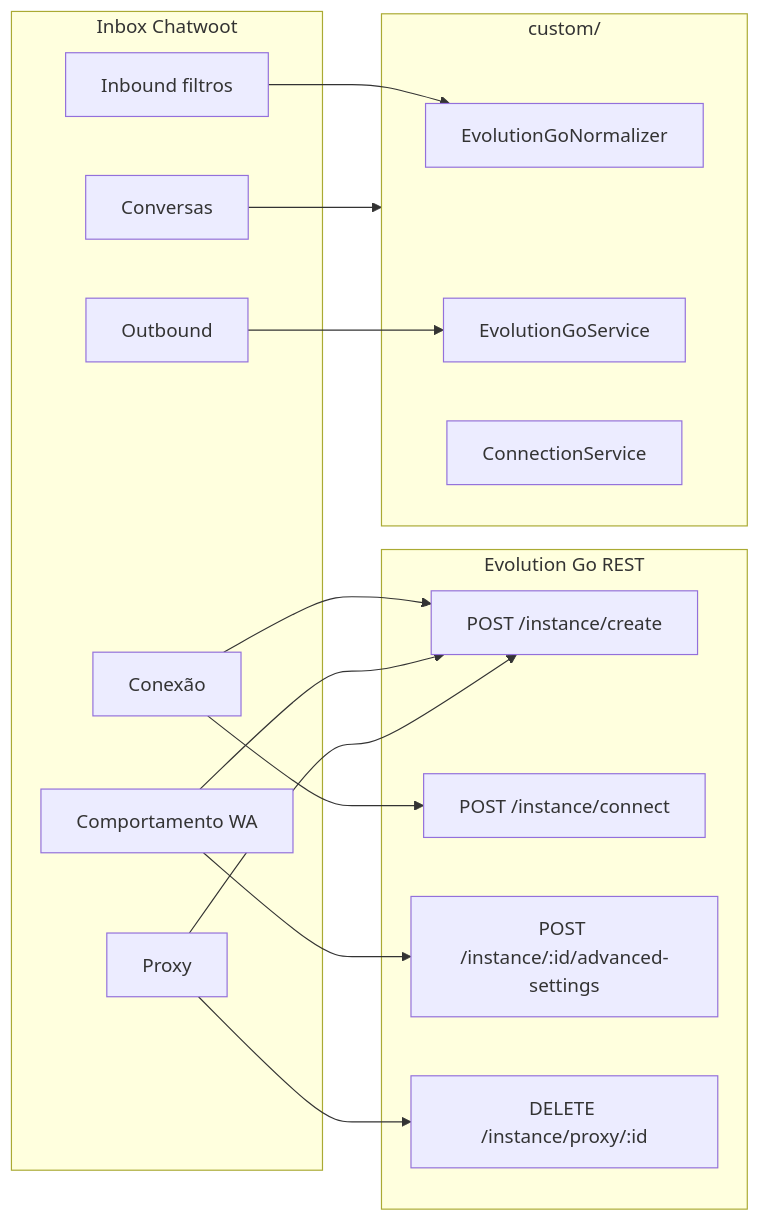
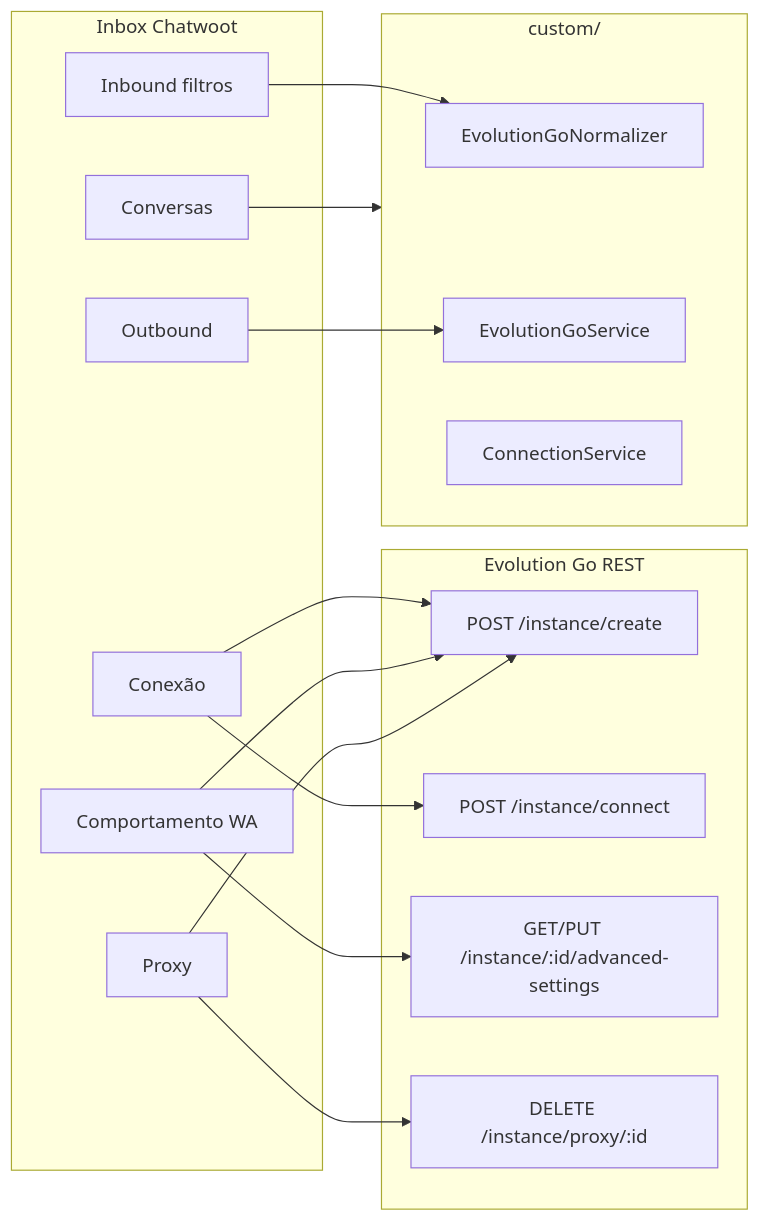
The diagram in doc/feature/whatsapp-provider/evolution-go/inbox-business-rules.md (cesar-carlos/chatwoot), drawn with Mermaid before and after one commit. The commit also changed other lines of this file and 85 other files, not shown here.

````diff
--- a/doc/feature/whatsapp-provider/evolution-go/inbox-business-rules.md
+++ b/doc/feature/whatsapp-provider/evolution-go/inbox-business-rules.md
@@ -28,34 +28,34 @@
 ```mermaid
 flowchart LR
   subgraph inbox_ui["Inbox Chatwoot"]
     CONN[Conexão]
     WA[Comportamento WA]
     CONV[Conversas]
     OUT[Outbound]
     IN[Inbound filtros]
     PROXY[Proxy]
   end
 
   subgraph evogo_api["Evolution Go REST"]
     CREATE["POST /instance/create"]
     CONNECT["POST /instance/connect"]
-    ADV["POST /instance/:id/advanced-settings"]
+    ADV["GET/PUT /instance/:id/advanced-settings"]
     DELPROXY["DELETE /instance/proxy/:id"]
   end
 
   subgraph fork["custom/"]
     NORM[EvolutionGoNormalizer]
     ESVC[EvolutionGoService]
     CONN_SVC[ConnectionService]
   end
 
   CONN --> CREATE
   CONN --> CONNECT
   WA --> CREATE
   WA --> ADV
   PROXY --> CREATE
   PROXY --> DELPROXY
   OUT --> ESVC
   IN --> NORM
   CONV --> fork
 ```
````
